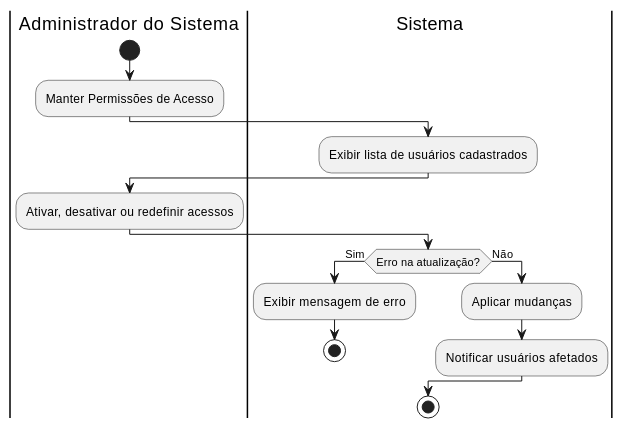
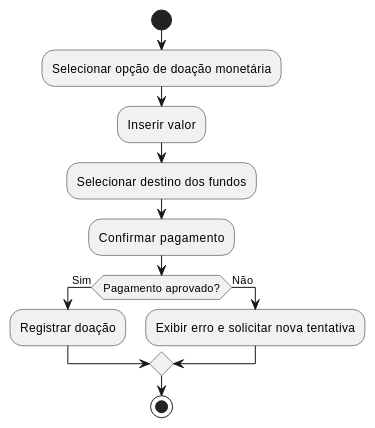
Before and after one commit to agu3des/CommunityLink: diagram 15 of 16 in aps/specs/diagrama-de-atividades/uml_diagrama_atividades.md, drawn with PlantUML. The commit also changed other lines of this file and 28 other files, not shown here.

```diff
--- a/aps/specs/diagrama-de-atividades/uml_diagrama_atividades.md
+++ b/aps/specs/diagrama-de-atividades/uml_diagrama_atividades.md
@@ -386,18 +381,13 @@
 @startuml
-|Administrador do Sistema|
 start
-:Manter Permissões de Acesso;
-|Sistema|
-:Exibir lista de usuários cadastrados;
-|Administrador do Sistema|
-:Ativar, desativar ou redefinir acessos;
-|Sistema|
-if (Erro na atualização?) then (Sim)
-    :Exibir mensagem de erro;
-    stop
+:Selecionar opção de doação monetária;
+:Inserir valor;
+:Selecionar destino dos fundos;
+:Confirmar pagamento;
+if (Pagamento aprovado?) then (Sim)
+    :Registrar doação;
 else (Não)
-    :Aplicar mudanças;
-    :Notificar usuários afetados;
+    :Exibir erro e solicitar nova tentativa;
 endif
 stop
 @enduml
```
